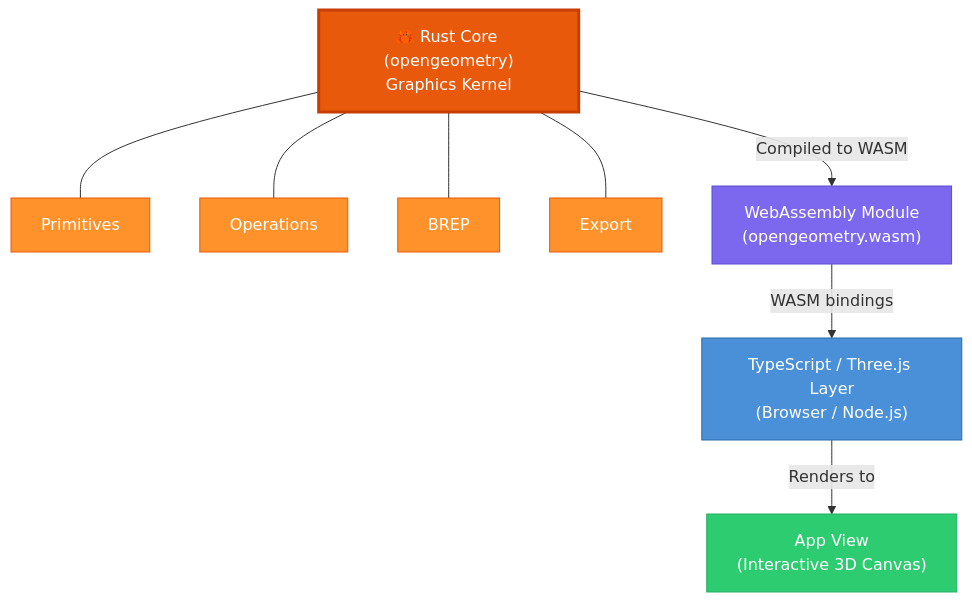
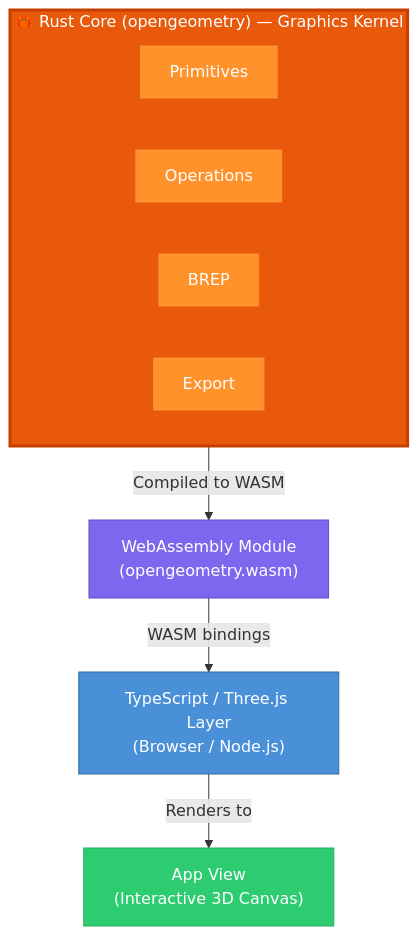
The diagram in OpenGeometry/concepts/architecture.mdx (OpenGeometry-io/auto-docs), drawn with Mermaid before and after one commit. The commit also changed other lines of this file and 14 other files, not shown here.

````diff
--- a/OpenGeometry/concepts/architecture.mdx
+++ b/OpenGeometry/concepts/architecture.mdx
@@ -12,22 +12,23 @@
 ```mermaid
-graph TD
-    C["🦀 Rust Core (opengeometry)\nGraphics Kernel"]
+graph TB
+    subgraph rust ["🦀 Rust Core (opengeometry) — Graphics Kernel"]
+        direction LR
+        D["Primitives"]
+        E["Operations"]
+        F["BREP"]
+        G["Export"]
+    end
 
-    C --- D["Primitives"]
-    C --- E["Operations"]
-    C --- F["BREP"]
-    C --- G["Export"]
-
-    C -->|Compiled to WASM| B["WebAssembly Module\n(opengeometry.wasm)"]
+    rust -->|Compiled to WASM| B["WebAssembly Module\n(opengeometry.wasm)"]
     B -->|WASM bindings| A["TypeScript / Three.js Layer\n(Browser / Node.js)"]
     A -->|Renders to| V["App View\n(Interactive 3D Canvas)"]
 
-    style C fill:#E8590C,stroke:#C73E00,color:#fff,stroke-width:3px
+    style rust fill:#E8590C,stroke:#C73E00,color:#fff,stroke-width:3px
     style D fill:#FF922B,stroke:#E8590C,color:#fff
     style E fill:#FF922B,stroke:#E8590C,color:#fff
     style F fill:#FF922B,stroke:#E8590C,color:#fff
     style G fill:#FF922B,stroke:#E8590C,color:#fff
     style B fill:#7B68EE,stroke:#5A4FCF,color:#fff
     style A fill:#4A90D9,stroke:#2E6BA6,color:#fff
     style V fill:#2ECC71,stroke:#27AE60,color:#fff
 ```
````
